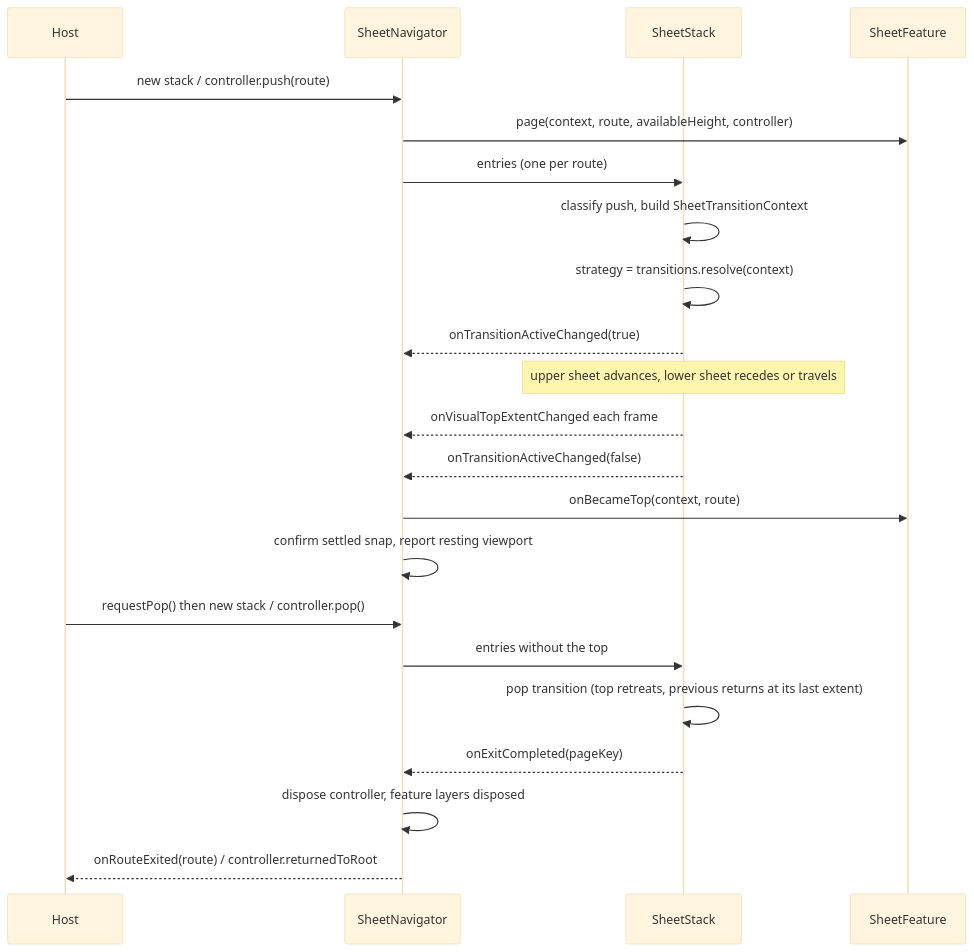
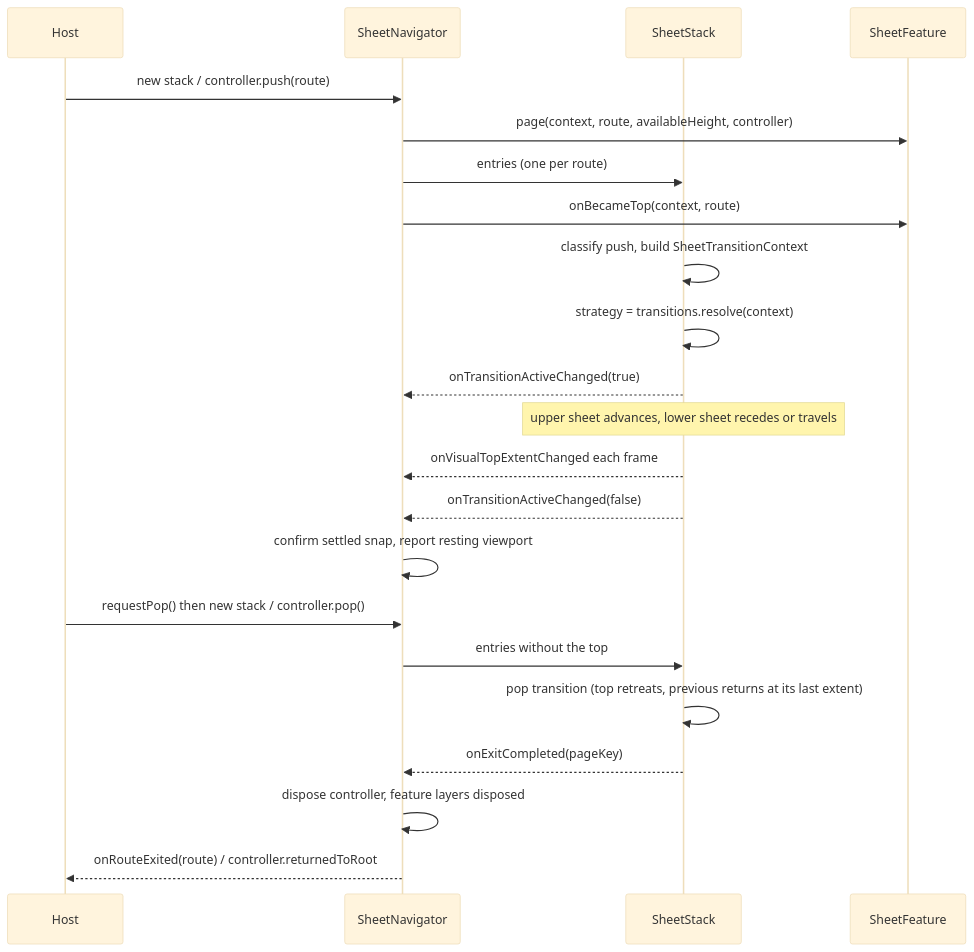
Before and after one commit to fryette/sheet_navigator: the diagram in doc/architecture.md, drawn with Mermaid (base theme). The commit also changed other lines of this file and 2 other files, not shown here.

````diff
--- a/doc/architecture.md
+++ b/doc/architecture.md
@@ -169,26 +169,26 @@
 ```mermaid
 sequenceDiagram
     participant Host
     participant Nav as SheetNavigator
     participant Stack as SheetStack
     participant Feat as SheetFeature
 
     Host->>Nav: new stack / controller.push(route)
     Nav->>Feat: page(context, route, availableHeight, controller)
     Nav->>Stack: entries (one per route)
+    Nav->>Feat: onBecameTop(context, route)
     Stack->>Stack: classify push, build SheetTransitionContext
     Stack->>Stack: strategy = transitions.resolve(context)
     Stack-->>Nav: onTransitionActiveChanged(true)
     Note over Stack: upper sheet advances, lower sheet recedes or travels
     Stack-->>Nav: onVisualTopExtentChanged each frame
     Stack-->>Nav: onTransitionActiveChanged(false)
-    Nav->>Feat: onBecameTop(context, route)
     Nav->>Nav: confirm settled snap, report resting viewport
 
     Host->>Nav: requestPop() then new stack / controller.pop()
     Nav->>Stack: entries without the top
     Stack->>Stack: pop transition (top retreats, previous returns at its last extent)
     Stack-->>Nav: onExitCompleted(pageKey)
     Nav->>Nav: dispose controller, feature layers disposed
     Nav-->>Host: onRouteExited(route) / controller.returnedToRoot
 ```
````
